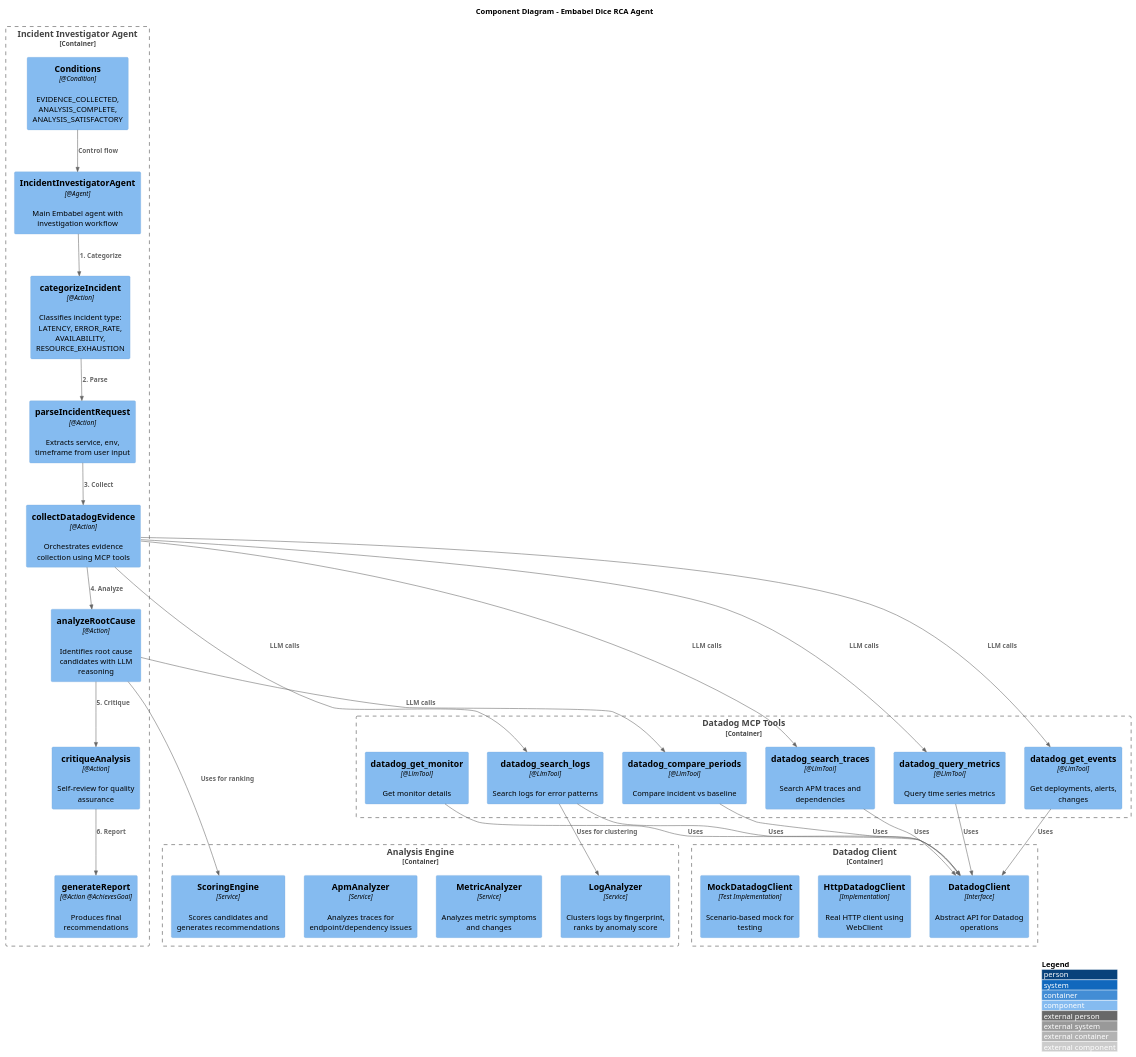
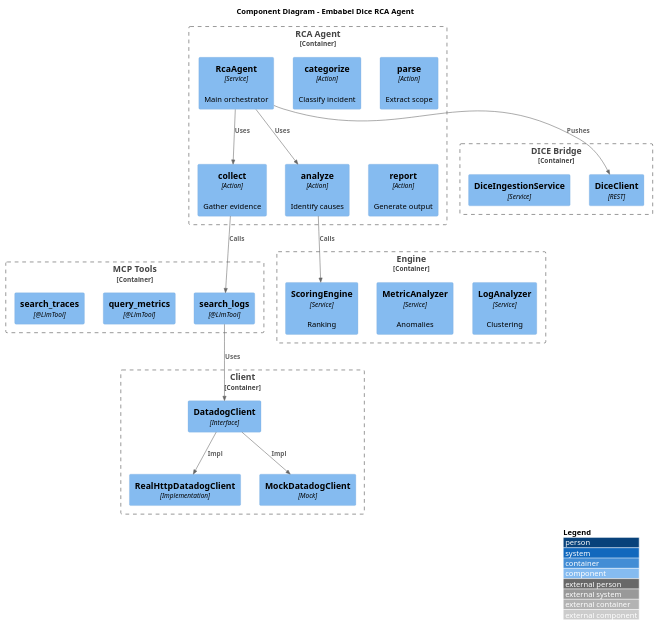
The diagram in embabel-dice-rca/docs/architecture/c4-component.puml (menkelabs/datadog-drilldown), drawn with PlantUML before and after one commit. The commit also changed 90 other files, not shown here.

First line of the commit message:
Refactor project to Kotlin/Spring Boot architecture

```diff
--- a/embabel-dice-rca/docs/architecture/c4-component.puml
+++ b/embabel-dice-rca/docs/architecture/c4-component.puml
@@ -1,76 +1,50 @@
 @startuml C4_Component
 !include https://raw.githubusercontent.com/plantuml-stdlib/C4-PlantUML/master/C4_Component.puml
 
 LAYOUT_WITH_LEGEND()
 
 title Component Diagram - Embabel Dice RCA Agent
 
-Container_Boundary(agent_container, "Incident Investigator Agent") {
-    Component(agent, "IncidentInvestigatorAgent", "@Agent", "Main Embabel agent with investigation workflow")
-    
-    Component(categorize, "categorizeIncident", "@Action", "Classifies incident type: LATENCY, ERROR_RATE, AVAILABILITY, RESOURCE_EXHAUSTION")
-    
-    Component(parse, "parseIncidentRequest", "@Action", "Extracts service, env, timeframe from user input")
-    
-    Component(collect, "collectDatadogEvidence", "@Action", "Orchestrates evidence collection using MCP tools")
-    
-    Component(analyze, "analyzeRootCause", "@Action", "Identifies root cause candidates with LLM reasoning")
-    
-    Component(critique, "critiqueAnalysis", "@Action", "Self-review for quality assurance")
-    
-    Component(report, "generateReport", "@Action @AchievesGoal", "Produces final recommendations")
-    
-    Component(conditions, "Conditions", "@Condition", "EVIDENCE_COLLECTED, ANALYSIS_COMPLETE, ANALYSIS_SATISFACTORY")
+Container_Boundary(agentBoundary, "RCA Agent") {
+    Component(agent, "RcaAgent", "Service", "Main orchestrator")
+    Component(categorize, "categorize", "Action", "Classify incident")
+    Component(parse, "parse", "Action", "Extract scope")
+    Component(collect, "collect", "Action", "Gather evidence")
+    Component(analyze, "analyze", "Action", "Identify causes")
+    Component(report, "report", "Action", "Generate output")
 }
 
-Container_Boundary(tools_container, "Datadog MCP Tools") {
-    Component(search_logs, "datadog_search_logs", "@LlmTool", "Search logs for error patterns")
-    Component(query_metrics, "datadog_query_metrics", "@LlmTool", "Query time series metrics")
-    Component(search_traces, "datadog_search_traces", "@LlmTool", "Search APM traces and dependencies")
-    Component(get_events, "datadog_get_events", "@LlmTool", "Get deployments, alerts, changes")
-    Component(get_monitor, "datadog_get_monitor", "@LlmTool", "Get monitor details")
-    Component(compare, "datadog_compare_periods", "@LlmTool", "Compare incident vs baseline")
+Container_Boundary(toolsBoundary, "MCP Tools") {
+    Component(logTool, "search_logs", "@LlmTool", "")
+    Component(metricTool, "query_metrics", "@LlmTool", "")
+    Component(traceTool, "search_traces", "@LlmTool", "")
 }
 
-Container_Boundary(analysis_container, "Analysis Engine") {
-    Component(log_analyzer, "LogAnalyzer", "Service", "Clusters logs by fingerprint, ranks by anomaly score")
-    Component(metric_analyzer, "MetricAnalyzer", "Service", "Analyzes metric symptoms and changes")
-    Component(apm_analyzer, "ApmAnalyzer", "Service", "Analyzes traces for endpoint/dependency issues")
-    Component(scoring, "ScoringEngine", "Service", "Scores candidates and generates recommendations")
+Container_Boundary(engineBoundary, "Engine") {
+    Component(logAna, "LogAnalyzer", "Service", "Clustering")
+    Component(metricAna, "MetricAnalyzer", "Service", "Anomalies")
+    Component(scoring, "ScoringEngine", "Service", "Ranking")
 }
 
-Container_Boundary(client_container, "Datadog Client") {
-    Component(dd_interface, "DatadogClient", "Interface", "Abstract API for Datadog operations")
-    Component(dd_http, "HttpDatadogClient", "Implementation", "Real HTTP client using WebClient")
-    Component(dd_mock, "MockDatadogClient", "Test Implementation", "Scenario-based mock for testing")
+Container_Boundary(clientBoundary, "Client") {
+    Component(ddInt, "DatadogClient", "Interface", "")
+    Component(ddReal, "RealHttpDatadogClient", "Implementation", "")
+    Component(ddMock, "MockDatadogClient", "Mock", "")
 }
 
-' Agent workflow
-Rel(agent, categorize, "1. Categorize")
-Rel(categorize, parse, "2. Parse")
-Rel(parse, collect, "3. Collect")
-Rel(collect, analyze, "4. Analyze")
-Rel(analyze, critique, "5. Critique")
-Rel(critique, report, "6. Report")
-Rel(conditions, agent, "Control flow")
+Container_Boundary(bridgeBoundary, "DICE Bridge") {
+    Component(diceCli, "DiceClient", "REST", "")
+    Component(diceSvc, "DiceIngestionService", "Service", "")
+}
 
-' Tool usage
-Rel(collect, search_logs, "LLM calls")
-Rel(collect, query_metrics, "LLM calls")
-Rel(collect, search_traces, "LLM calls")
-Rel(collect, get_events, "LLM calls")
-Rel(analyze, compare, "LLM calls")
+Rel(agent, collect, "Uses")
+Rel(collect, logTool, "Calls")
+Rel(logTool, ddInt, "Uses")
+Rel(ddInt, ddReal, "Impl")
+Rel(ddInt, ddMock, "Impl")
 
-' Tools to client
-Rel(search_logs, dd_interface, "Uses")
-Rel(query_metrics, dd_interface, "Uses")
-Rel(search_traces, dd_interface, "Uses")
-Rel(get_events, dd_interface, "Uses")
-Rel(get_monitor, dd_interface, "Uses")
-Rel(compare, dd_interface, "Uses")
-
-' Analysis engine
-Rel(search_logs, log_analyzer, "Uses for clustering")
-Rel(analyze, scoring, "Uses for ranking")
+Rel(agent, analyze, "Uses")
+Rel(analyze, scoring, "Calls")
+Rel(agent, diceCli, "Pushes")
 
 @enduml
```
